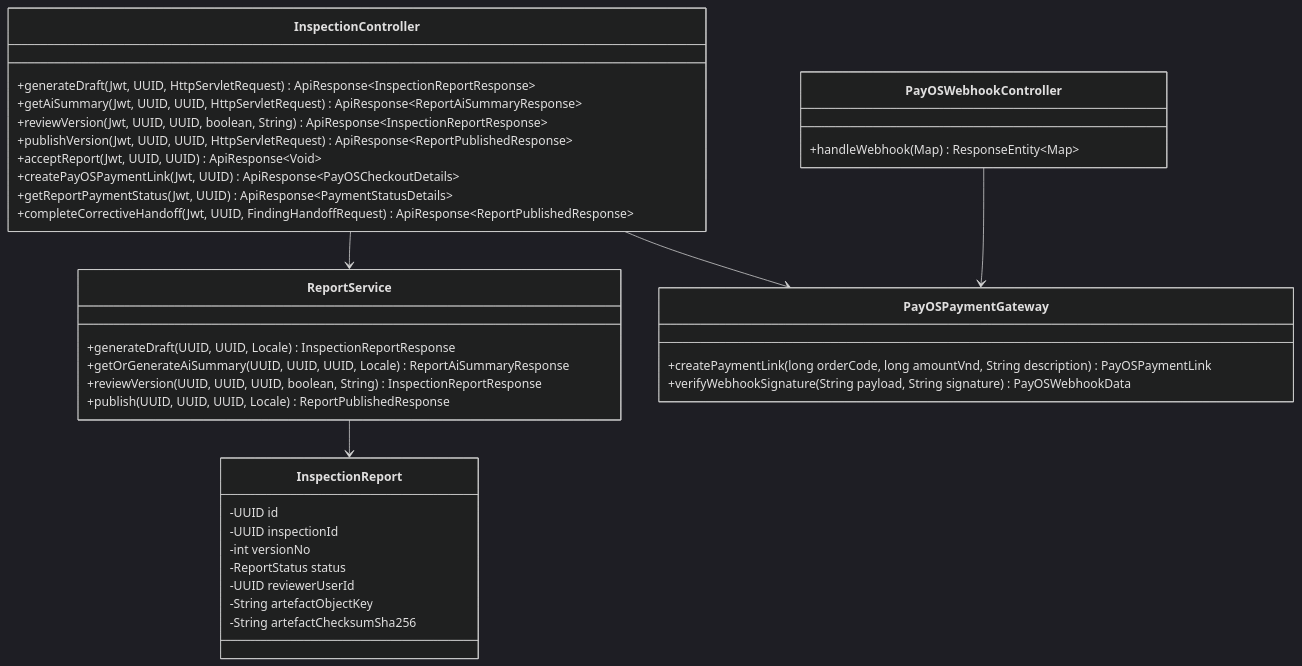
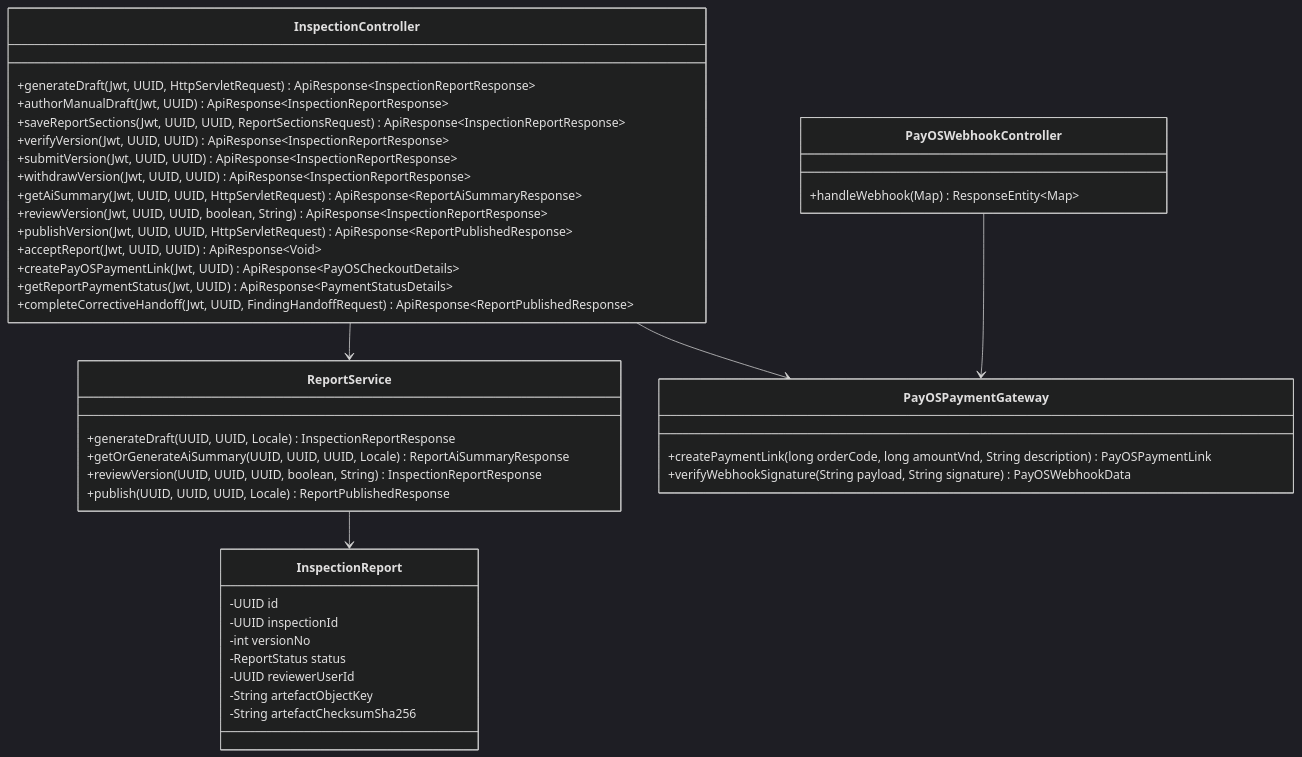
Before and after one commit to tungbach12/SmartDroneInspection-Docs: diagram 16 of 23 in reports/report-4-software-design-document/03-detailed-design.md, drawn with Mermaid (dark theme). The commit also changed other lines of this file and 30 other files, not shown here.

````diff
--- a/reports/report-4-software-design-document/03-detailed-design.md
+++ b/reports/report-4-software-design-document/03-detailed-design.md
@@ -670,40 +739,45 @@
 ```mermaid
 %% title: Auto-Compiled Inspection Report, Review, PDF Publication and PayOS Class Diagram
 classDiagram
   class InspectionController {
     +generateDraft(Jwt, UUID, HttpServletRequest) ApiResponse~InspectionReportResponse~
+    +authorManualDraft(Jwt, UUID) ApiResponse~InspectionReportResponse~
+    +saveReportSections(Jwt, UUID, UUID, ReportSectionsRequest) ApiResponse~InspectionReportResponse~
+    +verifyVersion(Jwt, UUID, UUID) ApiResponse~InspectionReportResponse~
+    +submitVersion(Jwt, UUID, UUID) ApiResponse~InspectionReportResponse~
+    +withdrawVersion(Jwt, UUID, UUID) ApiResponse~InspectionReportResponse~
     +getAiSummary(Jwt, UUID, UUID, HttpServletRequest) ApiResponse~ReportAiSummaryResponse~
     +reviewVersion(Jwt, UUID, UUID, boolean, String) ApiResponse~InspectionReportResponse~
     +publishVersion(Jwt, UUID, UUID, HttpServletRequest) ApiResponse~ReportPublishedResponse~
     +acceptReport(Jwt, UUID, UUID) ApiResponse~Void~
     +createPayOSPaymentLink(Jwt, UUID) ApiResponse~PayOSCheckoutDetails~
     +getReportPaymentStatus(Jwt, UUID) ApiResponse~PaymentStatusDetails~
     +completeCorrectiveHandoff(Jwt, UUID, FindingHandoffRequest) ApiResponse~ReportPublishedResponse~
   }
   class ReportService {
     +generateDraft(UUID, UUID, Locale) InspectionReportResponse
     +getOrGenerateAiSummary(UUID, UUID, UUID, Locale) ReportAiSummaryResponse
     +reviewVersion(UUID, UUID, UUID, boolean, String) InspectionReportResponse
     +publish(UUID, UUID, UUID, Locale) ReportPublishedResponse
   }
   class PayOSPaymentGateway {
     +createPaymentLink(long orderCode, long amountVnd, String description) PayOSPaymentLink
     +verifyWebhookSignature(String payload, String signature) PayOSWebhookData
   }
   class PayOSWebhookController {
     +handleWebhook(Map) ResponseEntity~Map~
   }
   class InspectionReport {
     -UUID id
     -UUID inspectionId
     -int versionNo
     -ReportStatus status
     -UUID reviewerUserId
     -String artefactObjectKey
     -String artefactChecksumSha256
   }
   InspectionController --> ReportService
   ReportService --> InspectionReport
   InspectionController --> PayOSPaymentGateway
   PayOSWebhookController --> PayOSPaymentGateway
 ```
````
